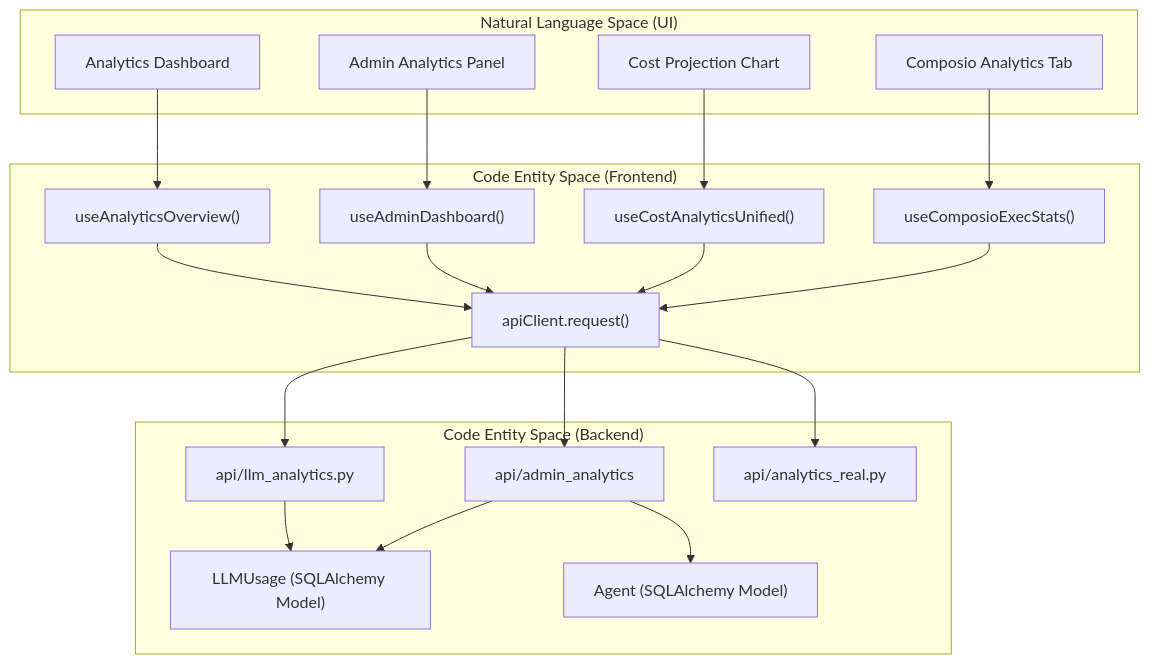
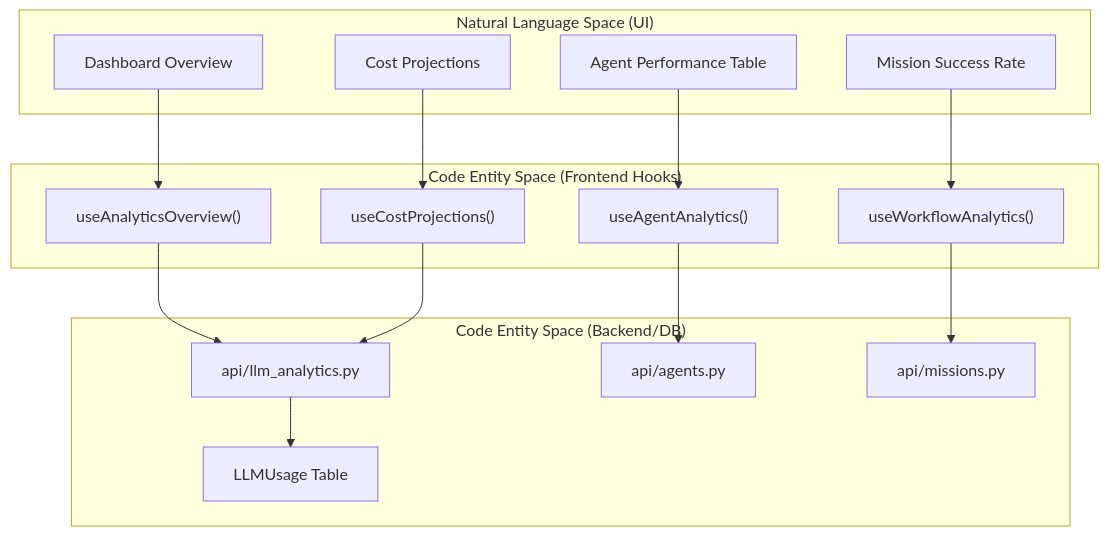
Before and after one commit to AutomatosAI/automatos-ai: the first of 2 diagrams in docs/analytics-monitoring/analytics-api-reference.md, drawn with Mermaid. The commit also changed other lines of this file and 153 other files, not shown here.

````diff
--- a/docs/analytics-monitoring/analytics-api-reference.md
+++ b/docs/analytics-monitoring/analytics-api-reference.md
@@ -158,43 +71,35 @@
 ```mermaid
 graph TD
     subgraph "Natural Language Space (UI)"
-        Dashboard["Analytics Dashboard"]
-        AdminView["Admin Analytics Panel"]
-        CostChart["Cost Projection Chart"]
-        ComposioView["Composio Analytics Tab"]
+        Overview["Dashboard Overview"]
+        AgentPerf["Agent Performance Table"]
+        MissionStats["Mission Success Rate"]
+        CostProj["Cost Projections"]
     end
 
-    subgraph "Code Entity Space (Frontend)"
-        HookOverview["useAnalyticsOverview()"]
-        HookAdmin["useAdminDashboard()"]
-        HookCosts["useCostAnalyticsUnified()"]
-        HookComp["useComposioExecStats()"]
-        APIClient["apiClient.request()"]
+    subgraph "Code Entity Space (Frontend Hooks)"
+        HookOV["useAnalyticsOverview()"]
+        HookAg["useAgentAnalytics()"]
+        HookWf["useWorkflowAnalytics()"]
+        HookProj["useCostProjections()"]
     end
 
-    subgraph "Code Entity Space (Backend)"
-        RouterLLM["api/llm_analytics.py"]
-        RouterAdmin["api/admin_analytics"]
-        RouterReal["api/analytics_real.py"]
-        ModelUsage["LLMUsage (SQLAlchemy Model)"]
-        ModelAgent["Agent (SQLAlchemy Model)"]
+    subgraph "Code Entity Space (Backend/DB)"
+        LLM_Router["api/llm_analytics.py"]
+        Agent_Router["api/agents.py"]
+        Mission_Router["api/missions.py"]
+        TableUsage["LLMUsage Table"]
     end
 
-    Dashboard --> HookOverview
-    AdminView --> HookAdmin
-    CostChart --> HookCosts
-    ComposioView --> HookComp
+    Overview --> HookOV
+    AgentPerf --> HookAg
+    MissionStats --> HookWf
+    CostProj --> HookProj
 
-    HookOverview --> APIClient
-    HookAdmin --> APIClient
-    HookCosts --> APIClient
-    HookComp --> APIClient
-
-    APIClient --> RouterLLM
-    APIClient --> RouterAdmin
-    APIClient --> RouterReal
-
-    RouterLLM --> ModelUsage
-    RouterAdmin --> ModelUsage
-    RouterAdmin --> ModelAgent
+    HookOV --> LLM_Router
+    HookAg --> Agent_Router
+    HookWf --> Mission_Router
+    HookProj --> LLM_Router
+    
+    LLM_Router --> TableUsage
 ```
````
